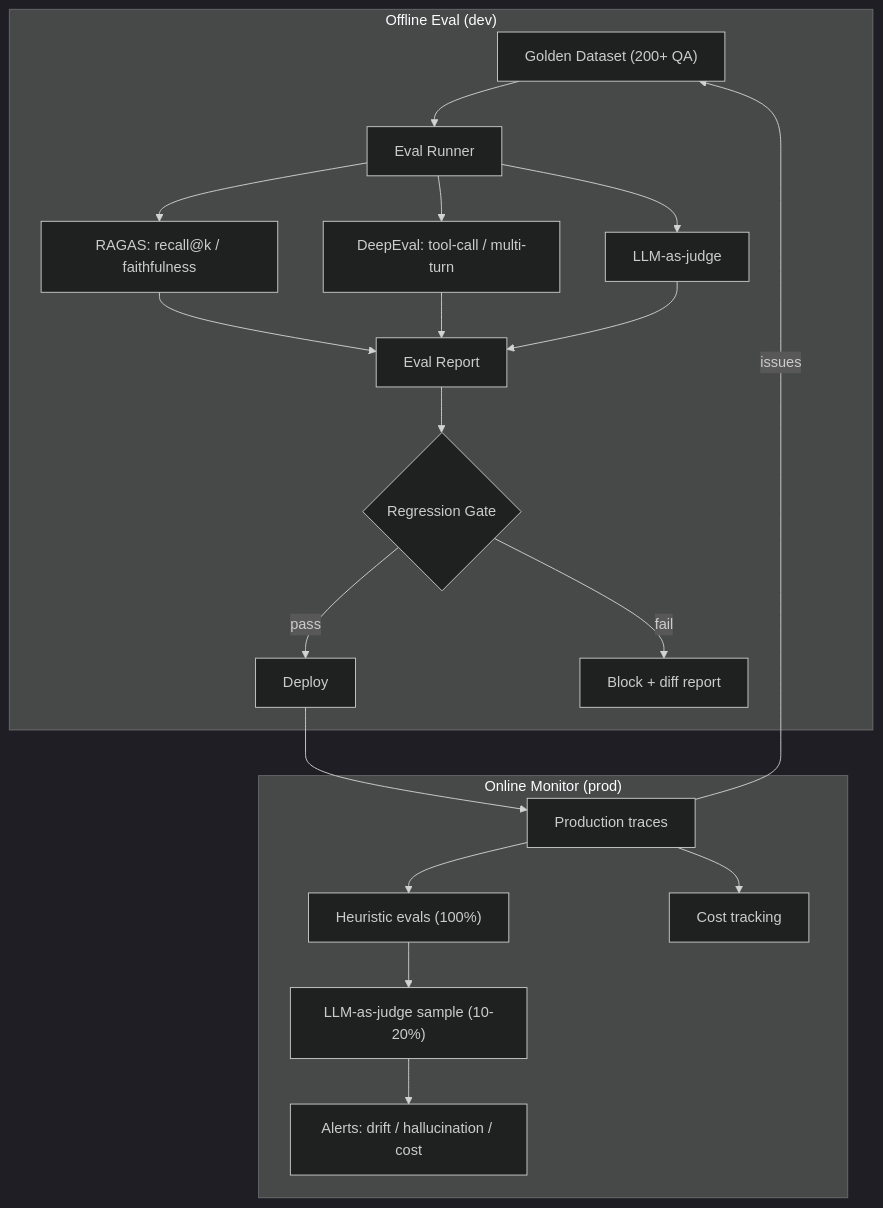
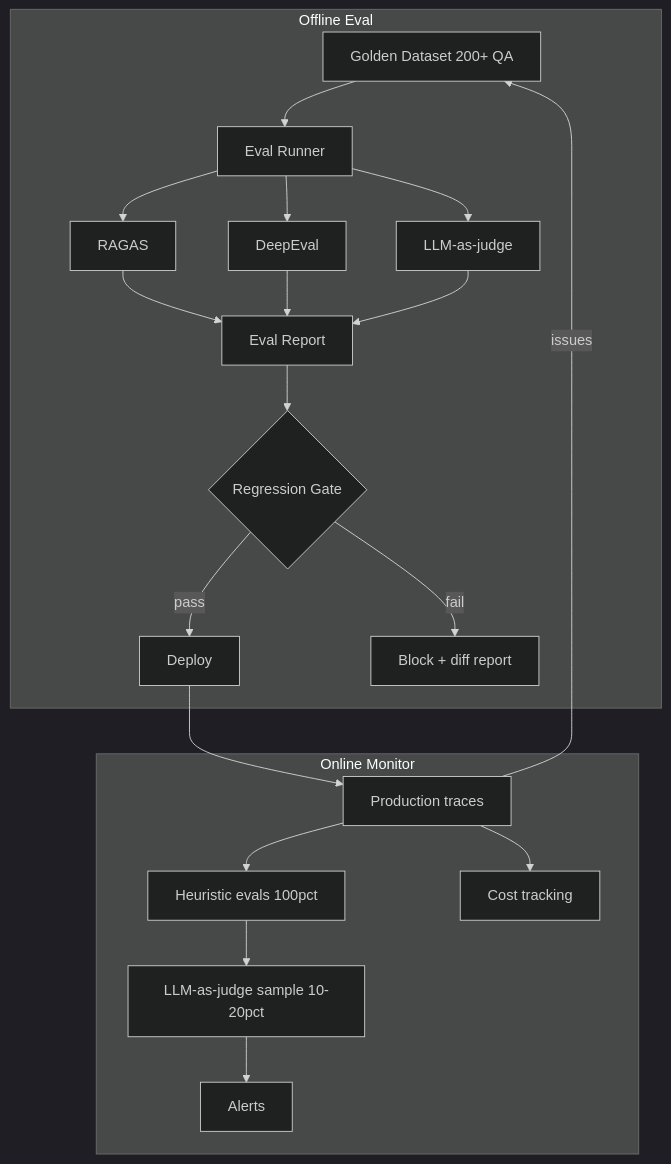
The diagram in README.md (nlpcvvoice/llm-evals-platform), drawn with Mermaid (dark theme) before and after one commit. The commit also changed other lines of this file, not shown here.

Commit message:
docs: fix Mermaid rendering (GitHub-compatible syntax)

````diff
--- a/README.md
+++ b/README.md
@@ -17,25 +17,25 @@
 ```mermaid
 flowchart TD
-    subgraph OFFLINE["Offline Eval (dev)"]
-        DS["Golden Dataset (200+ QA)"] --> RUN["Eval Runner"]
-        RUN --> RG["RAGAS: recall@k / faithfulness"]
-        RUN --> DE["DeepEval: tool-call / multi-turn"]
-        RUN --> LJ["LLM-as-judge"]
-        RG --> REP["Eval Report"]
+    subgraph OFFLINE[Offline Eval]
+        DS[Golden Dataset 200+ QA] --> RUN[Eval Runner]
+        RUN --> RG[RAGAS]
+        RUN --> DE[DeepEval]
+        RUN --> LJ[LLM-as-judge]
+        RG --> REP[Eval Report]
         DE --> REP
         LJ --> REP
-        REP --> GATE{"Regression Gate"}
-        GATE -->|pass| DEPLOY["Deploy"]
-        GATE -->|fail| BLOCK["Block + diff report"]
+        REP --> GATE{Regression Gate}
+        GATE -- pass --> DEPLOY[Deploy]
+        GATE -- fail --> BLOCK[Block + diff report]
     end
 
-    subgraph ONLINE["Online Monitor (prod)"]
-        PROD["Production traces"] --> H["Heuristic evals (100%)"]
-        H --> SAM["LLM-as-judge sample (10-20%)"]
-        SAM --> ALERT["Alerts: drift / hallucination / cost"]
-        PROD --> COST["Cost tracking"]
+    subgraph ONLINE[Online Monitor]
+        PROD[Production traces] --> H[Heuristic evals 100pct]
+        H --> SAM[LLM-as-judge sample 10-20pct]
+        SAM --> ALERT[Alerts]
+        PROD --> COST[Cost tracking]
     end
 
     DEPLOY --> PROD
     PROD -->|issues| DS
 ```
````
